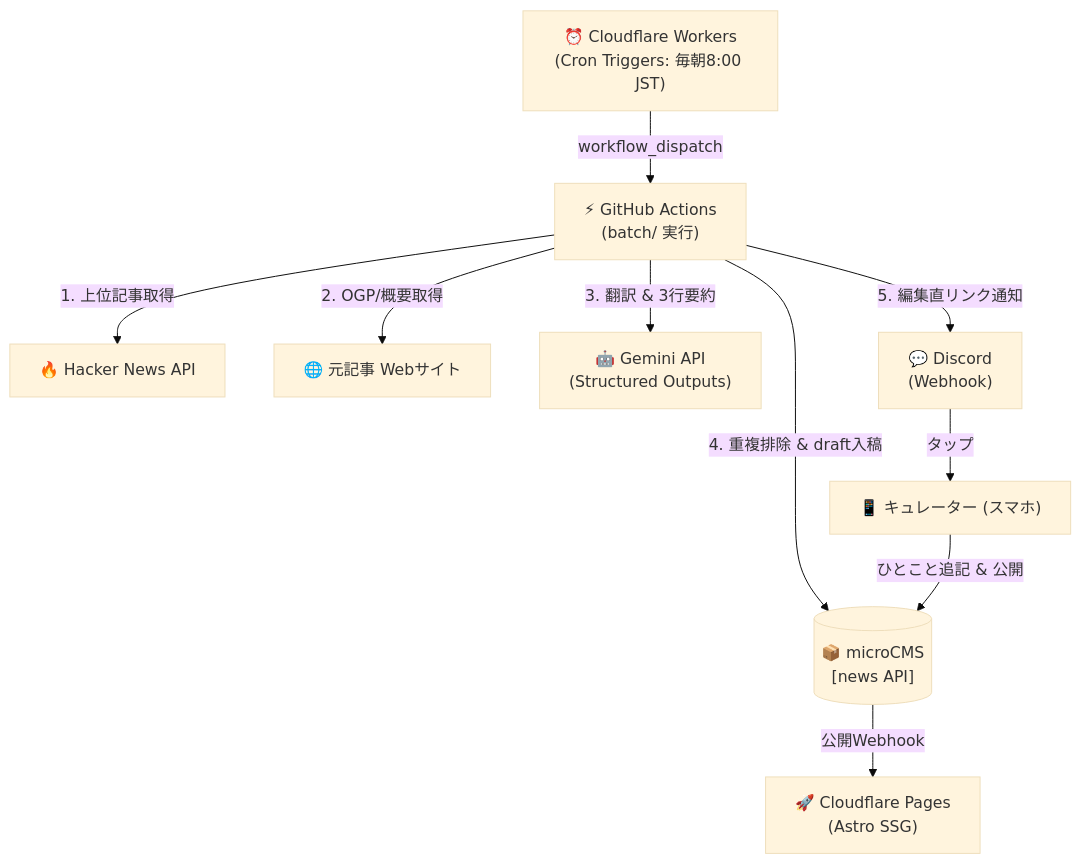
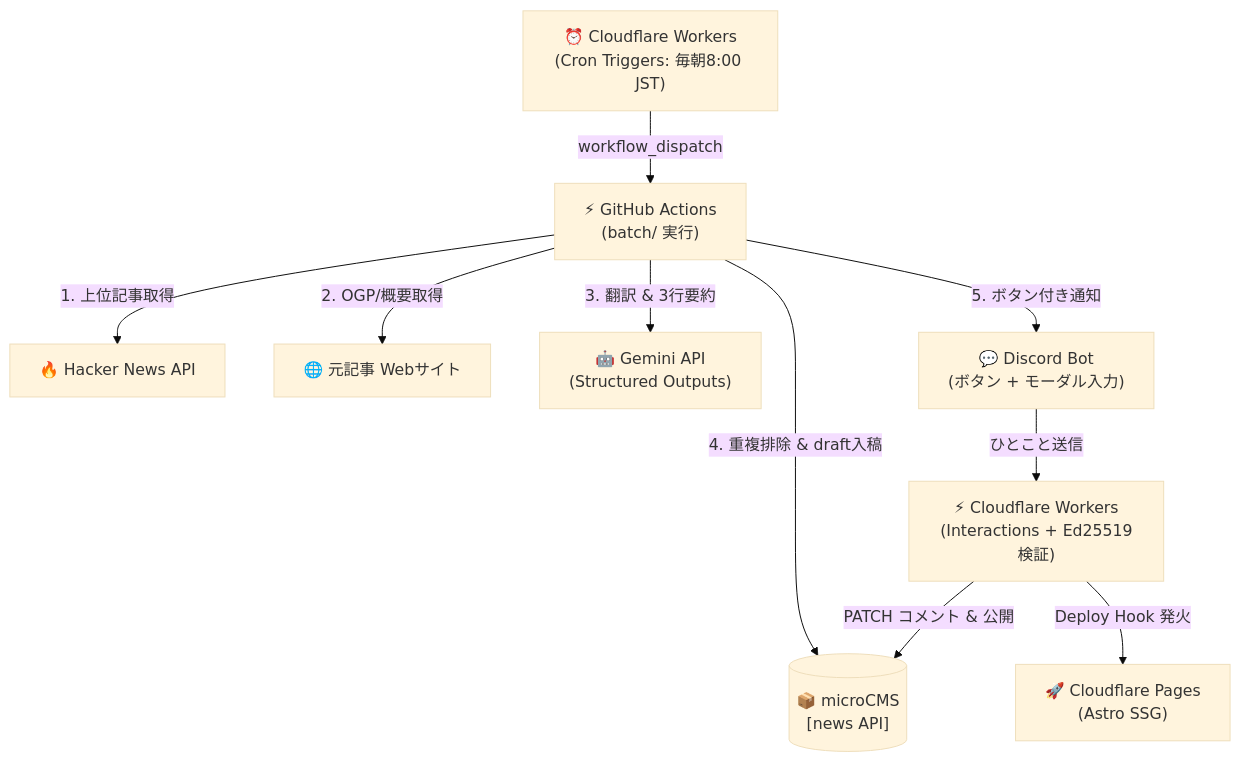
The diagram in README.md (blacpans/hnmc), drawn with Mermaid (base theme) before and after one commit. The commit also changed other lines of this file, not shown here.

Commit message:
docs(readme): 📝 READMEをDiscord完結キュレーションと公開URL対応の最新構成へ更新したじゃんね！📖✨
公開サイトURL(hnmc.blacpans.net)の追加、Mermaidシステム構成図の最新化、workerディレクトリの役割説明をInteractions対応へアップデートしたよ！🚀

````diff
--- a/README.md
+++ b/README.md
@@ -11,12 +13,12 @@
 ```mermaid
 flowchart TD
     CronWorker["⏰ Cloudflare Workers<br/>(Cron Triggers: 毎朝8:00 JST)"] -->|workflow_dispatch| GHA["⚡ GitHub Actions<br/>(batch/ 実行)"]
     GHA -->|1. 上位記事取得| HN["🔥 Hacker News API"]
     GHA -->|2. OGP/概要取得| Web["🌐 元記事 Webサイト"]
     GHA -->|3. 翻訳 & 3行要約| Gemini["🤖 Gemini API<br/>(Structured Outputs)"]
     GHA -->|4. 重複排除 & draft入稿| MicroCMS[("📦 microCMS<br/>[news API]")]
-    GHA -->|5. 編集直リンク通知| Discord["💬 Discord<br/>(Webhook)"]
-    Discord -->|タップ| User["📱 キュレーター (スマホ)"]
-    User -->|ひとこと追記 & 公開| MicroCMS
-    MicroCMS -->|公開Webhook| CF["🚀 Cloudflare Pages<br/>(Astro SSG)"]
+    GHA -->|5. ボタン付き通知| Discord["💬 Discord Bot<br/>(ボタン + モーダル入力)"]
+    Discord -->|ひとこと送信| CFInteraction["⚡ Cloudflare Workers<br/>(Interactions + Ed25519検証)"]
+    CFInteraction -->|PATCH コメント & 公開| MicroCMS
+    CFInteraction -->|Deploy Hook 発火| CF["🚀 Cloudflare Pages<br/>(Astro SSG)"]
 ```
````
